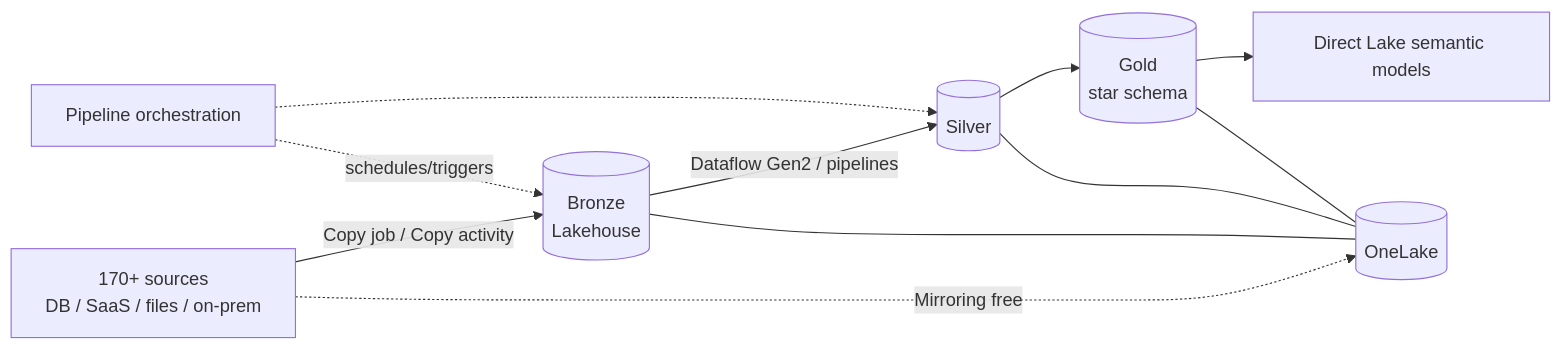
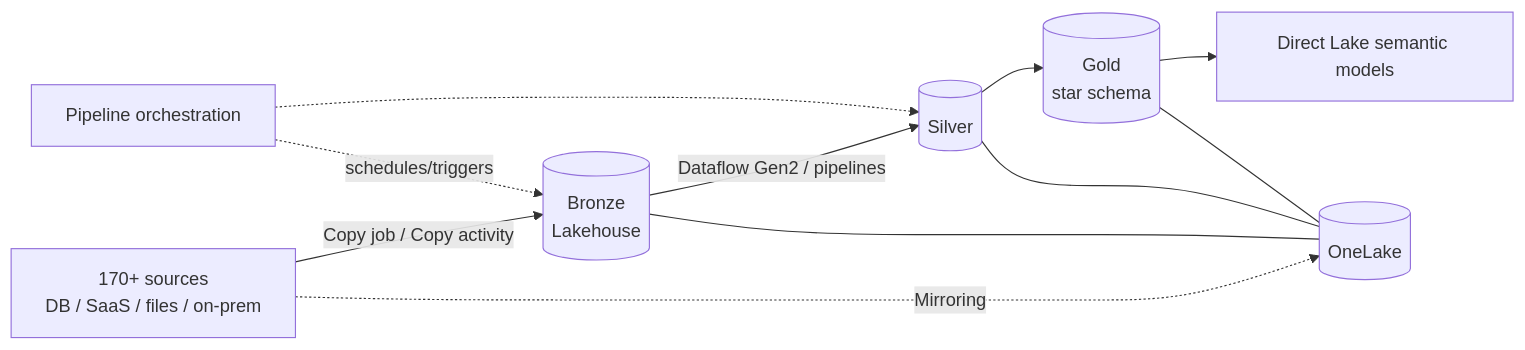
The diagram in best-practices/data-factory.md (jbarry15/fabric-architecture-companion-public), drawn with Mermaid before and after one commit. The commit also changed other lines of this file and 8 other files, not shown here.

````diff
--- a/best-practices/data-factory.md
+++ b/best-practices/data-factory.md
@@ -21,13 +21,13 @@
 ```mermaid
 flowchart LR
     SRC[170+ sources\nDB / SaaS / files / on-prem] -->|Copy job / Copy activity| BRZ[(Bronze\nLakehouse)]
-    SRC -.->|Mirroring free| OL[(OneLake)]
+    SRC -.->|Mirroring| OL[(OneLake)]
     BRZ -->|Dataflow Gen2 / pipelines| SLV[(Silver)]
     SLV --> GLD[(Gold\nstar schema)]
     PIPE[Pipeline orchestration] -.schedules/triggers.-> BRZ
     PIPE -.-> SLV
     GLD --> DL[Direct Lake semantic models]
     BRZ --- OL
     SLV --- OL
     GLD --- OL
 ```
````
